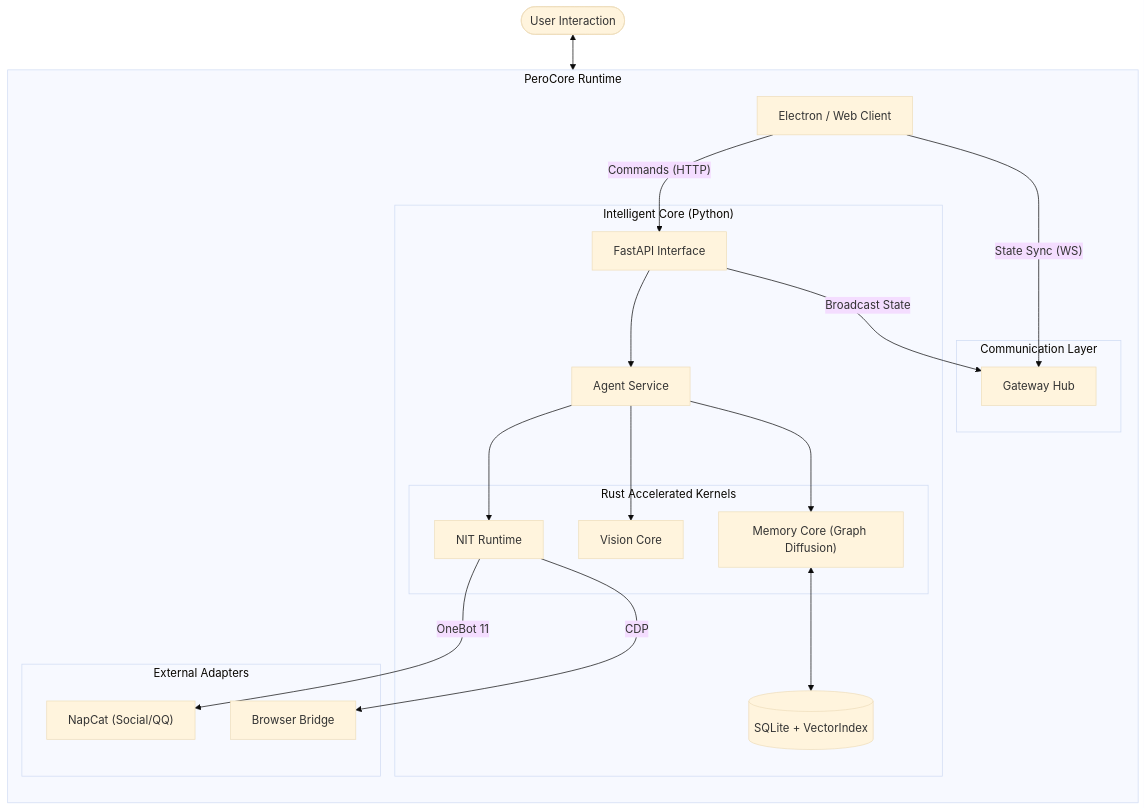
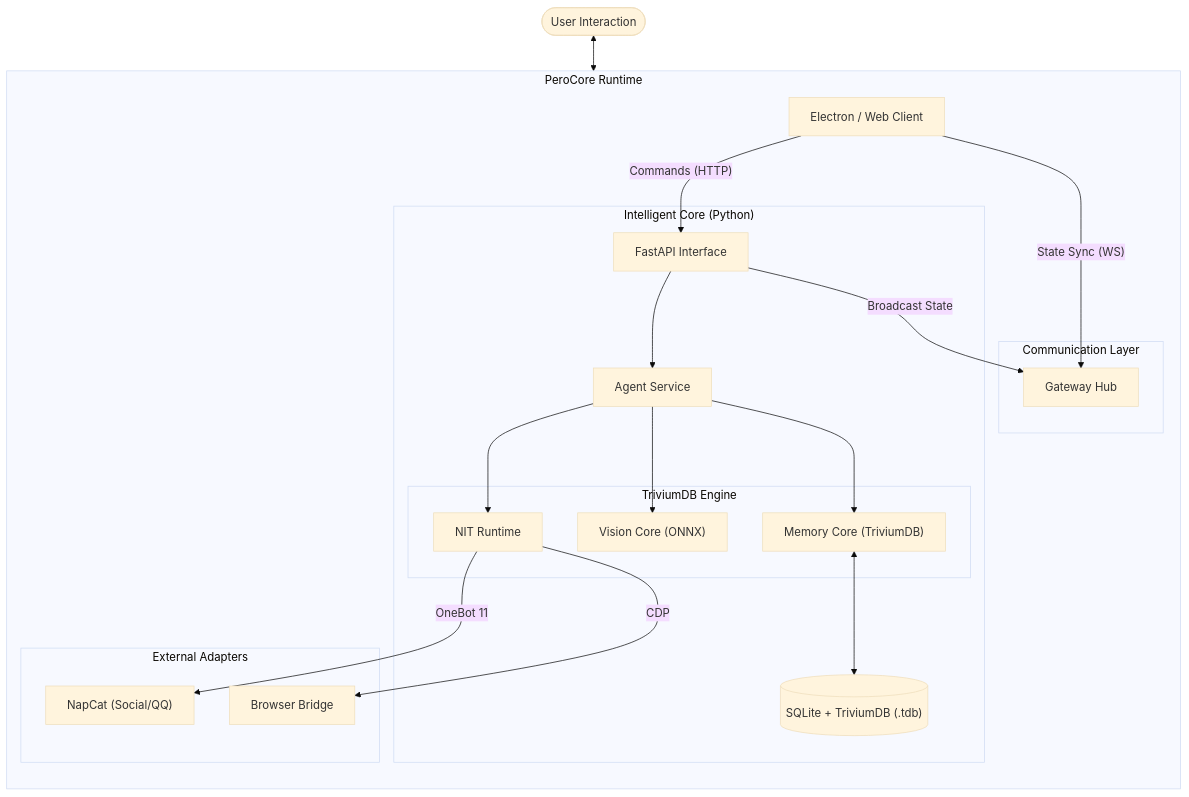
One commit to Youzini-afk/shore-memory changed the diagram in README.md. Above: the diagram before and after it, drawn with Mermaid (base theme). The commit also changed other lines of this file and 65 other files, not shown here.

````diff
--- a/README.md
+++ b/README.md
@@ -376,44 +376,44 @@
 ```mermaid
 flowchart TD
     User([User Interaction]) <--> Client["Electron / Web Client"]
 
     subgraph "PeroCore Runtime"
         direction TB
 
         subgraph "Communication Layer"
             Gateway[Gateway Hub]
         end
 
         subgraph "Intelligent Core (Python)"
             API[FastAPI Interface]
             Agent[Agent Service]
 
-            subgraph "Rust Accelerated Kernels"
-                GraphDiffusion["Memory Core (Graph Diffusion)"]
-                Vision[Vision Core]
+            subgraph "TriviumDB Engine"
+                GraphDiffusion["Memory Core (TriviumDB)"]
+                Vision["Vision Core (ONNX)"]
                 NIT[NIT Runtime]
             end
 
             API --> Agent
             Agent --> GraphDiffusion
             Agent --> Vision
             Agent --> NIT
 
-            GraphDiffusion <--> DB[("SQLite + VectorIndex")]
+            GraphDiffusion <--> DB[("SQLite + TriviumDB (.tdb)")]
         end
 
         subgraph "External Adapters"
             NapCat["NapCat (Social/QQ)"]
             Browser[Browser Bridge]
         end
 
         %% Connections
         Client -- "State Sync (WS)" --> Gateway
         Client -- "Commands (HTTP)" --> API
 
         API -- "Broadcast State" --> Gateway
 
         NIT -- "OneBot 11" --> NapCat
         NIT -- "CDP" --> Browser
     end
 ```
````
